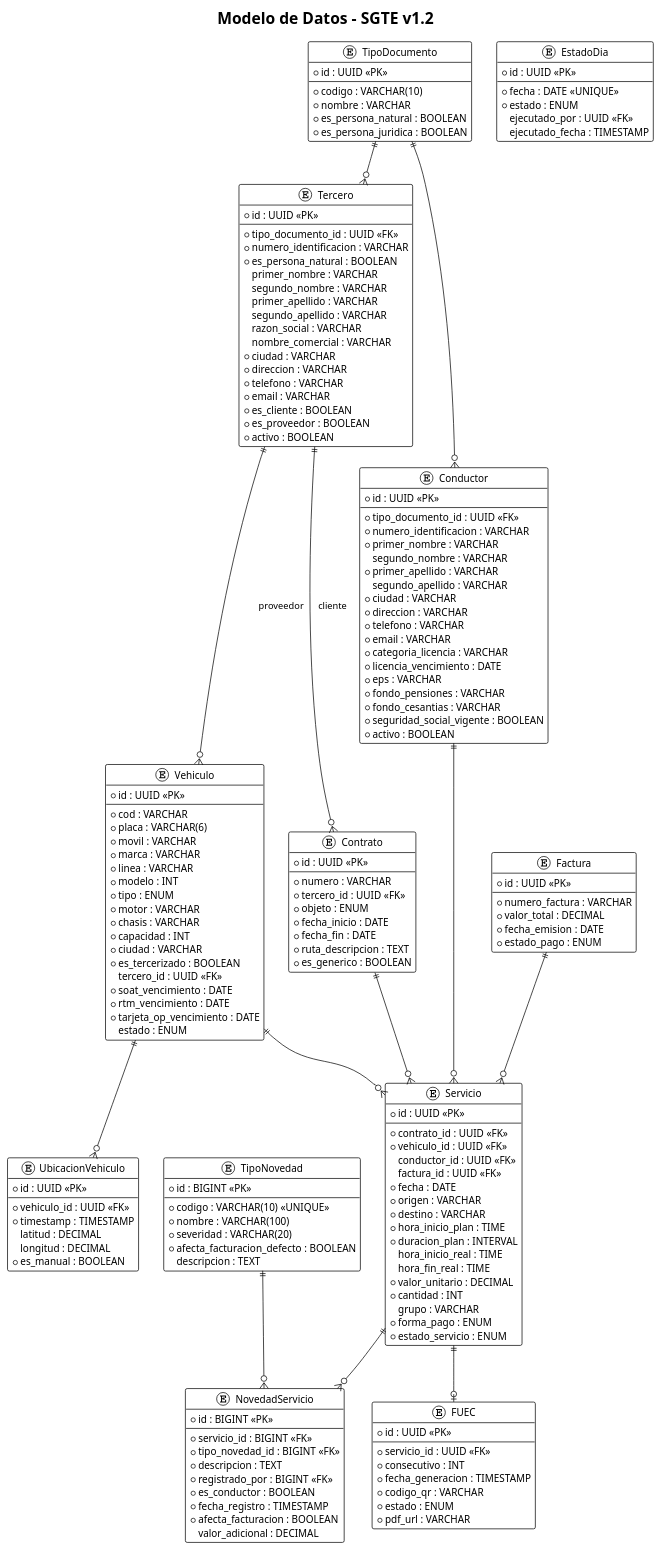
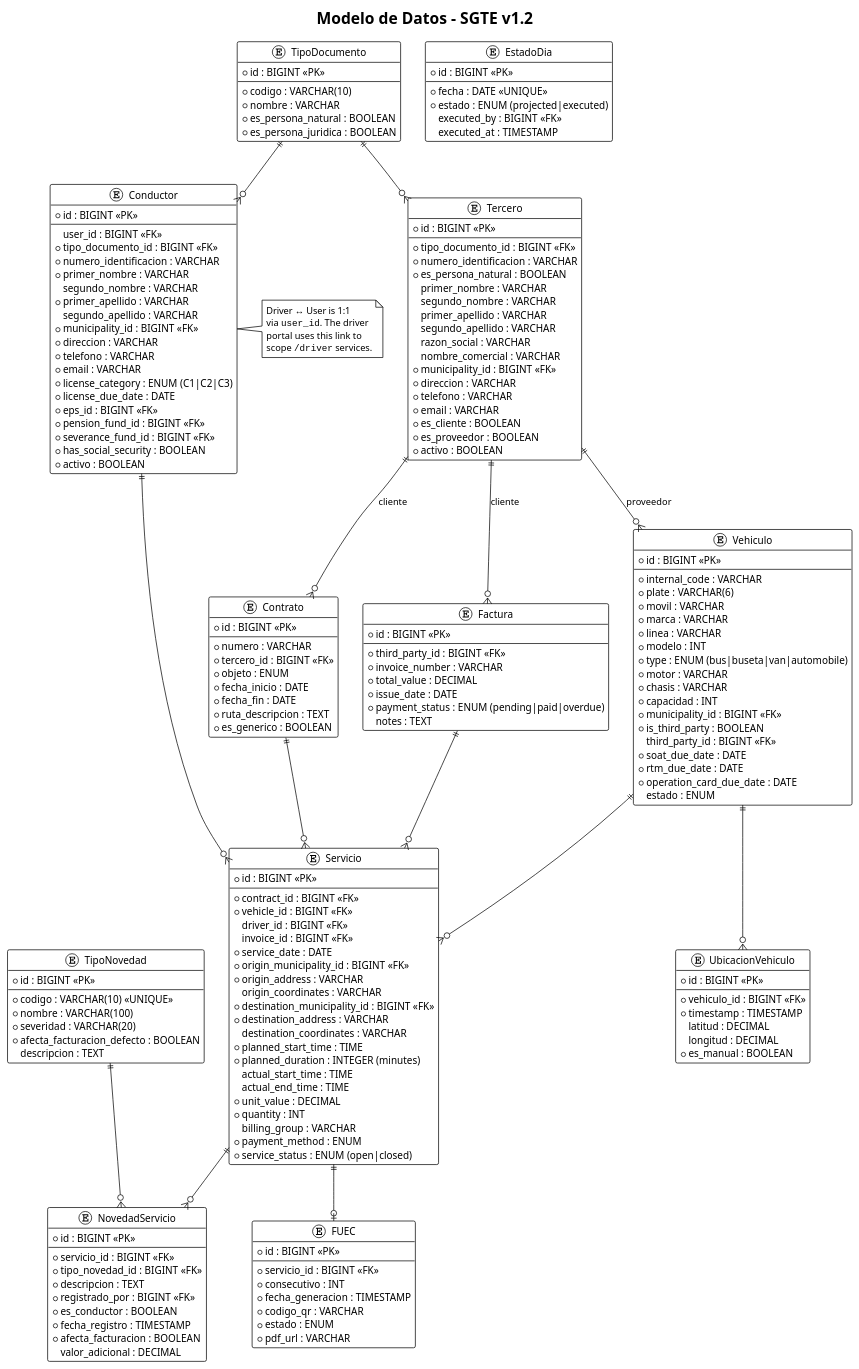
One commit to cristian-home/sgte-app changed the eighth of 8 diagrams in docs/SRS.md. Above: the diagram before and after it, drawn with PlantUML. The commit also changed other lines of this file and 12 other files, not shown here.

````diff
--- a/docs/SRS.md
+++ b/docs/SRS.md
@@ -676,7 +684,7 @@
 title Modelo de Datos - SGTE v1.2
 
 entity "TipoDocumento" as tipo_doc {
-  * id : UUID <<PK>>
+  * id : BIGINT <<PK>>
   --
   * codigo : VARCHAR(10)
   * nombre : VARCHAR
@@ -685,9 +693,9 @@
 }
 
 entity "Tercero" as tercero {
-  * id : UUID <<PK>>
+  * id : BIGINT <<PK>>
   --
-  * tipo_documento_id : UUID <<FK>>
+  * tipo_documento_id : BIGINT <<FK>>
   * numero_identificacion : VARCHAR
   * es_persona_natural : BOOLEAN
   primer_nombre : VARCHAR
@@ -696,7 +704,7 @@
   segundo_apellido : VARCHAR
   razon_social : VARCHAR
   nombre_comercial : VARCHAR
-  * ciudad : VARCHAR
+  * municipality_id : BIGINT <<FK>>
   * direccion : VARCHAR
   * telefono : VARCHAR
   * email : VARCHAR
@@ -706,54 +714,55 @@
 }
 
 entity "Vehiculo" as vehiculo {
-  * id : UUID <<PK>>
+  * id : BIGINT <<PK>>
   --
-  * cod : VARCHAR
-  * placa : VARCHAR(6)
+  * internal_code : VARCHAR
+  * plate : VARCHAR(6)
   * movil : VARCHAR
   * marca : VARCHAR
   * linea : VARCHAR
   * modelo : INT
-  * tipo : ENUM
+  * type : ENUM (bus|buseta|van|automobile)
   * motor : VARCHAR
   * chasis : VARCHAR
   * capacidad : INT
-  * ciudad : VARCHAR
-  * es_tercerizado : BOOLEAN
-  tercero_id : UUID <<FK>>
-  * soat_vencimiento : DATE
-  * rtm_vencimiento : DATE
-  * tarjeta_op_vencimiento : DATE
+  * municipality_id : BIGINT <<FK>>
+  * is_third_party : BOOLEAN
+  third_party_id : BIGINT <<FK>>
+  * soat_due_date : DATE
+  * rtm_due_date : DATE
+  * operation_card_due_date : DATE
   estado : ENUM
 }
 
 entity "Conductor" as conductor {
-  * id : UUID <<PK>>
+  * id : BIGINT <<PK>>
   --
-  * tipo_documento_id : UUID <<FK>>
+  user_id : BIGINT <<FK>>
+  * tipo_documento_id : BIGINT <<FK>>
   * numero_identificacion : VARCHAR
   * primer_nombre : VARCHAR
   segundo_nombre : VARCHAR
   * primer_apellido : VARCHAR
   segundo_apellido : VARCHAR
-  * ciudad : VARCHAR
+  * municipality_id : BIGINT <<FK>>
   * direccion : VARCHAR
   * telefono : VARCHAR
   * email : VARCHAR
-  * categoria_licencia : VARCHAR
-  * licencia_vencimiento : DATE
-  * eps : VARCHAR
-  * fondo_pensiones : VARCHAR
-  * fondo_cesantias : VARCHAR
-  * seguridad_social_vigente : BOOLEAN
+  * license_category : ENUM (C1|C2|C3)
+  * license_due_date : DATE
+  * eps_id : BIGINT <<FK>>
+  * pension_fund_id : BIGINT <<FK>>
+  * severance_fund_id : BIGINT <<FK>>
+  * has_social_security : BOOLEAN
   * activo : BOOLEAN
 }
 
 entity "Contrato" as contrato {
-  * id : UUID <<PK>>
+  * id : BIGINT <<PK>>
   --
   * numero : VARCHAR
-  * tercero_id : UUID <<FK>>
+  * tercero_id : BIGINT <<FK>>
   * objeto : ENUM
   * fecha_inicio : DATE
   * fecha_fin : DATE
@@ -762,24 +771,28 @@
 }
 
 entity "Servicio" as servicio {
-  * id : UUID <<PK>>
+  * id : BIGINT <<PK>>
   --
-  * contrato_id : UUID <<FK>>
-  * vehiculo_id : UUID <<FK>>
-  conductor_id : UUID <<FK>>
-  factura_id : UUID <<FK>>
-  * fecha : DATE
-  * origen : VARCHAR
-  * destino : VARCHAR
-  * hora_inicio_plan : TIME
-  * duracion_plan : INTERVAL
-  hora_inicio_real : TIME
-  hora_fin_real : TIME
-  * valor_unitario : DECIMAL
-  * cantidad : INT
-  grupo : VARCHAR
-  * forma_pago : ENUM
-  * estado_servicio : ENUM
+  * contract_id : BIGINT <<FK>>
+  * vehicle_id : BIGINT <<FK>>
+  driver_id : BIGINT <<FK>>
+  invoice_id : BIGINT <<FK>>
+  * service_date : DATE
+  * origin_municipality_id : BIGINT <<FK>>
+  * origin_address : VARCHAR
+  origin_coordinates : VARCHAR
+  * destination_municipality_id : BIGINT <<FK>>
+  * destination_address : VARCHAR
+  destination_coordinates : VARCHAR
+  * planned_start_time : TIME
+  * planned_duration : INTEGER (minutes)
+  actual_start_time : TIME
+  actual_end_time : TIME
+  * unit_value : DECIMAL
+  * quantity : INT
+  billing_group : VARCHAR
+  * payment_method : ENUM
+  * service_status : ENUM (open|closed)
 }
 
 entity "TipoNovedad" as tipo_novedad {
@@ -806,9 +819,9 @@
 }
 
 entity "FUEC" as fuec {
-  * id : UUID <<PK>>
+  * id : BIGINT <<PK>>
   --
-  * servicio_id : UUID <<FK>>
+  * servicio_id : BIGINT <<FK>>
   * consecutivo : INT
   * fecha_generacion : TIMESTAMP
   * codigo_qr : VARCHAR
@@ -817,27 +830,29 @@
 }
 
 entity "EstadoDia" as estado_dia {
-  * id : UUID <<PK>>
+  * id : BIGINT <<PK>>
   --
   * fecha : DATE <<UNIQUE>>
-  * estado : ENUM
-  ejecutado_por : UUID <<FK>>
-  ejecutado_fecha : TIMESTAMP
+  * estado : ENUM (projected|executed)
+  executed_by : BIGINT <<FK>>
+  executed_at : TIMESTAMP
 }
 
 entity "Factura" as factura {
-  * id : UUID <<PK>>
+  * id : BIGINT <<PK>>
   --
-  * numero_factura : VARCHAR
-  * valor_total : DECIMAL
-  * fecha_emision : DATE
-  * estado_pago : ENUM
+  * third_party_id : BIGINT <<FK>>
+  * invoice_number : VARCHAR
+  * total_value : DECIMAL
+  * issue_date : DATE
+  * payment_status : ENUM (pending|paid|overdue)
+  notes : TEXT
 }
 
 entity "UbicacionVehiculo" as ubicacion {
-  * id : UUID <<PK>>
+  * id : BIGINT <<PK>>
   --
-  * vehiculo_id : UUID <<FK>>
+  * vehiculo_id : BIGINT <<FK>>
   * timestamp : TIMESTAMP
   latitud : DECIMAL
   longitud : DECIMAL
@@ -848,6 +863,7 @@
 tipo_doc ||--o{ conductor
 tercero ||--o{ vehiculo : proveedor
 tercero ||--o{ contrato : cliente
+tercero ||--o{ factura : cliente
 contrato ||--o{ servicio
 vehiculo ||--o{ servicio
 conductor ||--o{ servicio
@@ -857,5 +873,12 @@
 servicio ||--o| fuec
 vehiculo ||--o{ ubicacion
 
+note right of conductor
+  Driver ↔ User is 1:1
+  via ""user_id"". The driver
+  portal uses this link to
+  scope ""/driver"" services.
+end note
+
 @enduml
 ```
````
